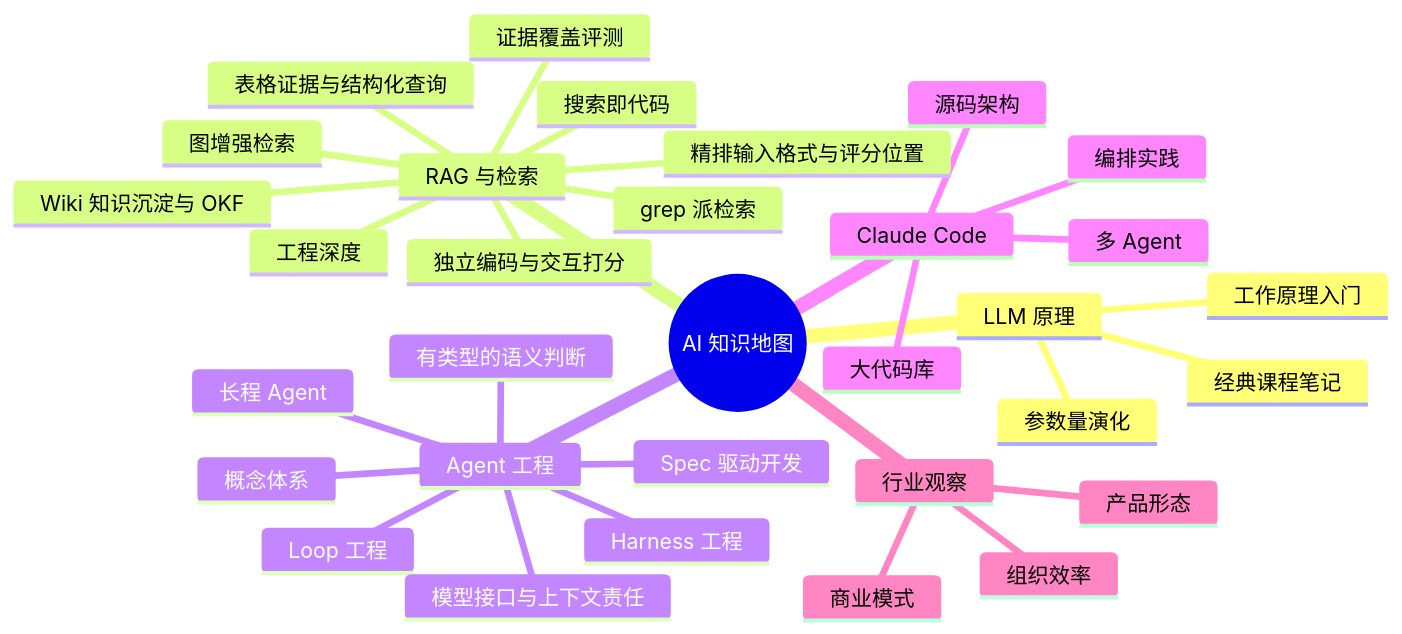
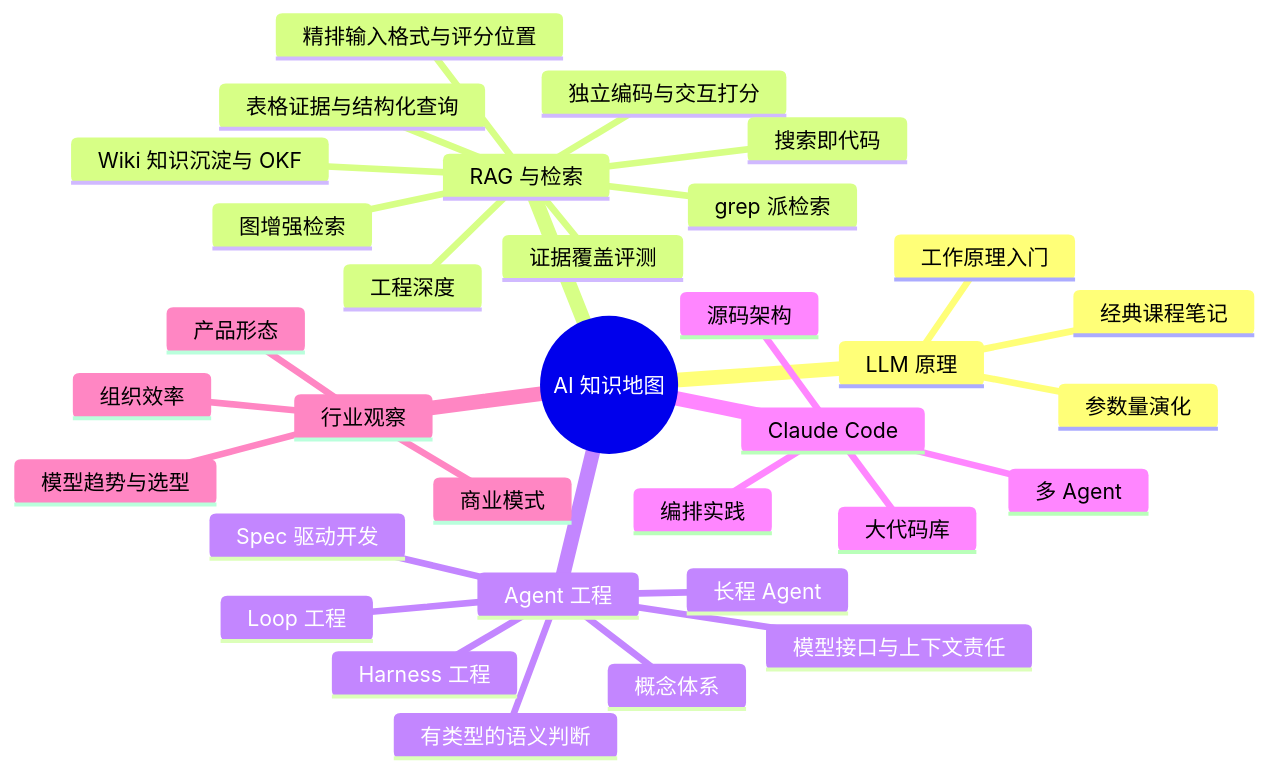
Before and after one commit to puppylpg/puppylpg.github.io: the diagram in _wiki/ai-llm-agent.md, drawn with Mermaid. The commit also changed other lines of this file and 49 other files, not shown here.

````diff
--- a/_wiki/ai-llm-agent.md
+++ b/_wiki/ai-llm-agent.md
@@ -25,35 +25,36 @@
 ```mermaid
 mindmap
   root((AI 知识地图))
     LLM 原理
       工作原理入门
       参数量演化
       经典课程笔记
     RAG 与检索
       工程深度
       独立编码与交互打分
       精排输入格式与评分位置
       图增强检索
       grep 派检索
       搜索即代码
       证据覆盖评测
       表格证据与结构化查询
       Wiki 知识沉淀与 OKF
     Agent 工程
       概念体系
       Harness 工程
       Loop 工程
       长程 Agent
       Spec 驱动开发
       有类型的语义判断
       模型接口与上下文责任
     Claude Code
       源码架构
       多 Agent
       大代码库
       编排实践
     行业观察
       产品形态
       商业模式
       组织效率
+      模型趋势与选型
 ```
````
